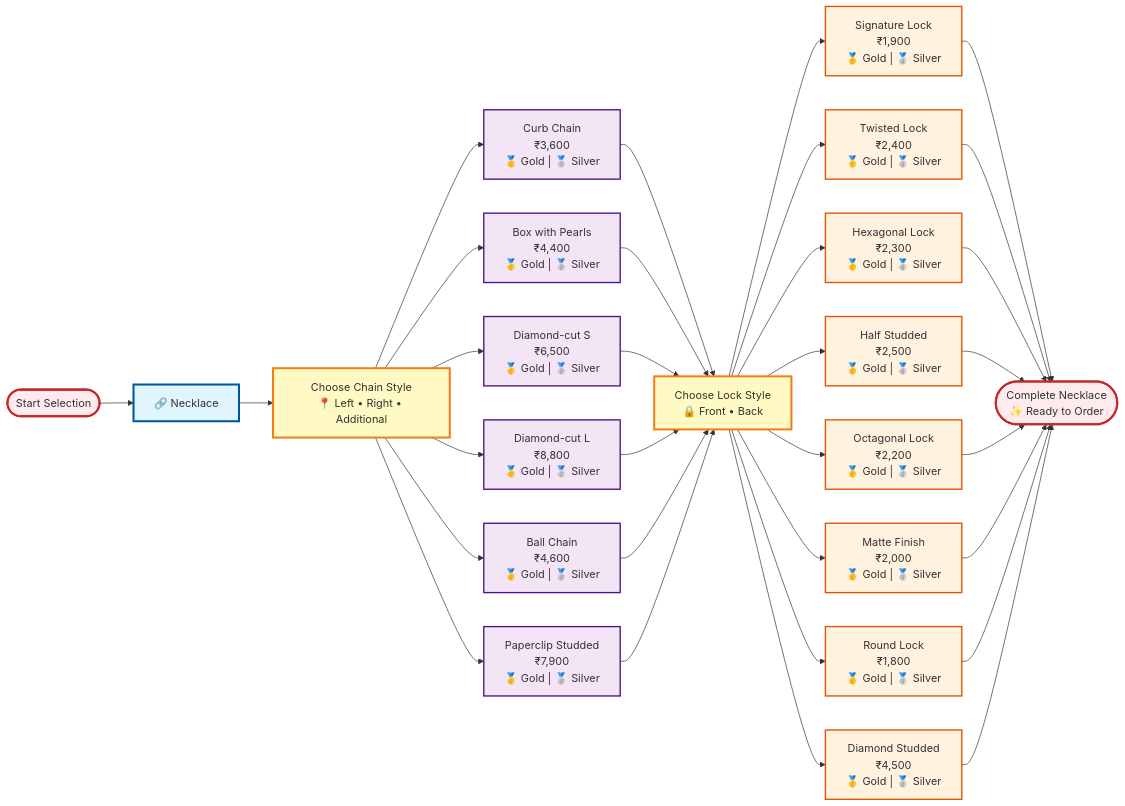
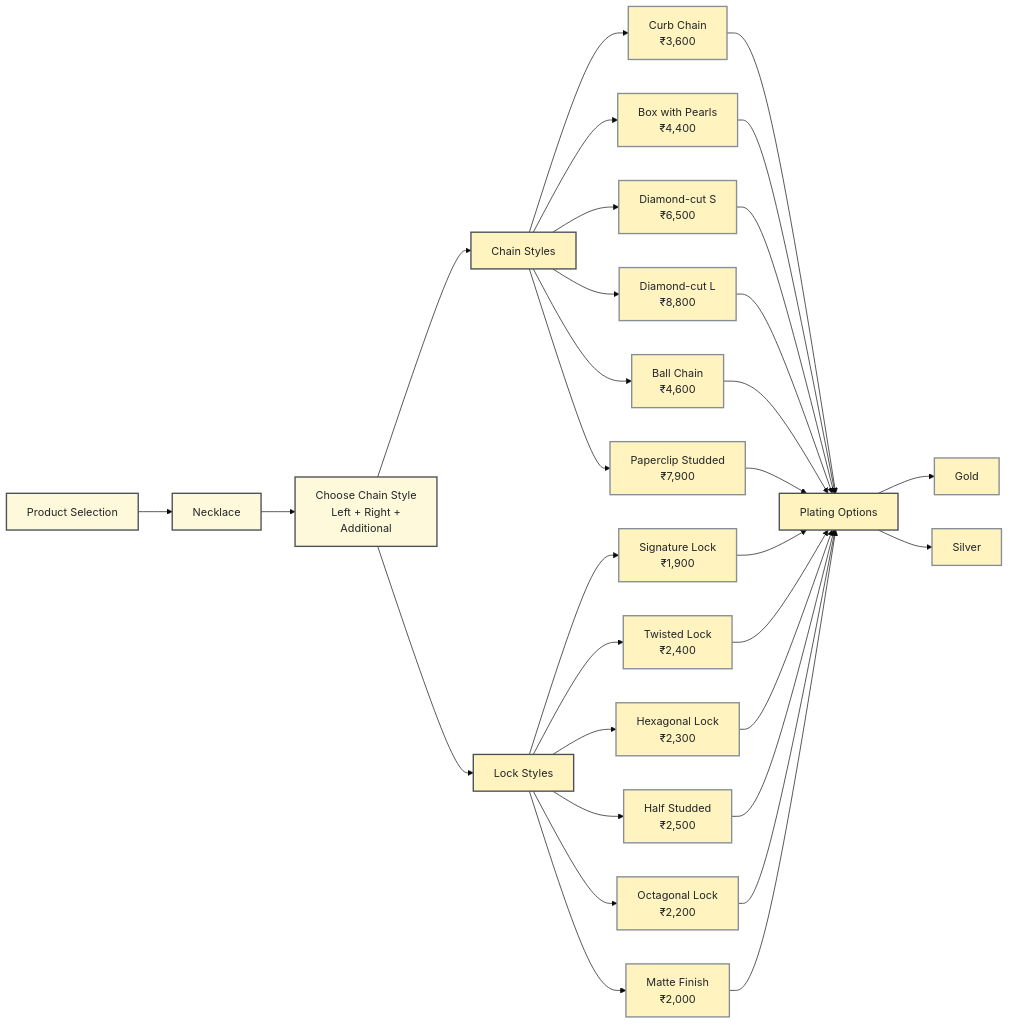
The second of 2 diagrams in README.md (jangir-ritik/customR3FforNishaniWordpress), drawn with Mermaid before and after one commit.

Commit message:
chore: readme - update styles for the model selection diagram

````diff
--- a/README.md
+++ b/README.md
@@ -72,51 +72,33 @@
 ```mermaid
-flowchart LR
-    Start([Start Selection]) --> N[🔗 Necklace]
+%%{init: {'theme': 'base', 'themeVariables': { 'fontSize': '16px', 'fontFamily': 'arial', 'primaryColor': '#fff3bf', 'primaryBorderColor': '#868e96', 'primaryTextColor': '#212529', 'secondaryColor': '#fff9db', 'tertiaryColor': '#fff3bf'}}}%%
+graph LR
+    classDef default fill:#fff3bf,stroke:#868e96,stroke-width:2px;
+    classDef highlight fill:#fff9db,stroke:#495057,stroke-width:2px;
+    classDef selection fill:#fff3bf,stroke:#495057,stroke-width:2px;
 
-    N --> CCS[Choose Chain Style<br/>📍 Left • Right • Additional]
+    Start[Product Selection] --> Necklace[Necklace]
+    Necklace --> Components[Choose Chain Style<br/>Left + Right +<br/>Additional]
+    Components --> ChainStyles[Chain Styles]
 
-    CCS --> NC1["Curb Chain<br/>₹3,600<br/>🥇 Gold | 🥈 Silver"]
-    CCS --> NC2["Box with Pearls<br/>₹4,400<br/>🥇 Gold | 🥈 Silver"]
-    CCS --> NC3["Diamond-cut S<br/>₹6,500<br/>🥇 Gold | 🥈 Silver"]
-    CCS --> NC4["Diamond-cut L<br/>₹8,800<br/>🥇 Gold | 🥈 Silver"]
-    CCS --> NC5["Ball Chain<br/>₹4,600<br/>🥇 Gold | 🥈 Silver"]
-    CCS --> NC6["Paperclip Studded<br/>₹7,900<br/>🥇 Gold | 🥈 Silver"]
+    ChainStyles --> C1[Curb Chain<br/>₹3,600]
+    ChainStyles --> C2[Box with Pearls<br/>₹4,400]
+    ChainStyles --> C3[Diamond-cut S<br/>₹6,500]
+    ChainStyles --> C4[Diamond-cut L<br/>₹8,800]
+    ChainStyles --> C5[Ball Chain<br/>₹4,600]
+    ChainStyles --> C6[Paperclip Studded<br/>₹7,900]
 
-    NC1 --> CLS[Choose Lock Style<br/>🔒 Front • Back]
-    NC2 --> CLS
-    NC3 --> CLS
-    NC4 --> CLS
-    NC5 --> CLS
-    NC6 --> CLS
+    Components --> LockStyles[Lock Styles]
+    LockStyles --> L1[Signature Lock<br/>₹1,900]
+    LockStyles --> L2[Twisted Lock<br/>₹2,400]
+    LockStyles --> L3[Hexagonal Lock<br/>₹2,300]
+    LockStyles --> L4[Half Studded<br/>₹2,500]
+    LockStyles --> L5[Octagonal Lock<br/>₹2,200]
+    LockStyles --> L6[Matte Finish<br/>₹2,000]
 
-    CLS --> L1["Signature Lock<br/>₹1,900<br/>🥇 Gold | 🥈 Silver"]
-    CLS --> L2["Twisted Lock<br/>₹2,400<br/>🥇 Gold | 🥈 Silver"]
-    CLS --> L3["Hexagonal Lock<br/>₹2,300<br/>🥇 Gold | 🥈 Silver"]
-    CLS --> L4["Half Studded<br/>₹2,500<br/>🥇 Gold | 🥈 Silver"]
-    CLS --> L5["Octagonal Lock<br/>₹2,200<br/>🥇 Gold | 🥈 Silver"]
-    CLS --> L6["Matte Finish<br/>₹2,000<br/>🥇 Gold | 🥈 Silver"]
-    CLS --> L7["Round Lock<br/>₹1,800<br/>🥇 Gold | 🥈 Silver"]
-    CLS --> L8["Diamond Studded<br/>₹4,500<br/>🥇 Gold | 🥈 Silver"]
+    C1 & C2 & C3 & C4 & C5 & C6 & L1 & L2 & L3 & L4 & L5 & L6 --> Plating[Plating Options]
+    Plating --> Gold[Gold]
+    Plating --> Silver[Silver]
 
-    L1 --> Final([Complete Necklace<br/>✨ Ready to Order])
-    L2 --> Final
-    L3 --> Final
-    L4 --> Final
-    L5 --> Final
-    L6 --> Final
-    L7 --> Final
-    L8 --> Final
-
-
-    classDef productType fill:#e1f5fe,stroke:#01579b,stroke-width:3px
-    classDef chainStyle fill:#f3e5f5,stroke:#4a148c,stroke-width:2px
-    classDef lockStyle fill:#fff3e0,stroke:#e65100,stroke-width:2px
-    classDef decisionNode fill:#fff9c4,stroke:#f57f17,stroke-width:3px
-    classDef finalNode fill:#ffebee,stroke:#c62828,stroke-width:3px
-
-    class N productType
-    class NC1,NC2,NC3,NC4,NC5,NC6 chainStyle
-    class L1,L2,L3,L4,L5,L6,L7,L8,L9,L10,L11,L12 lockStyle
-    class CCS,CLS decisionNode
-    class Start,Final finalNode
+    class Start,Necklace,Components highlight
+    class ChainStyles,LockStyles,Plating selection
 ```
````
